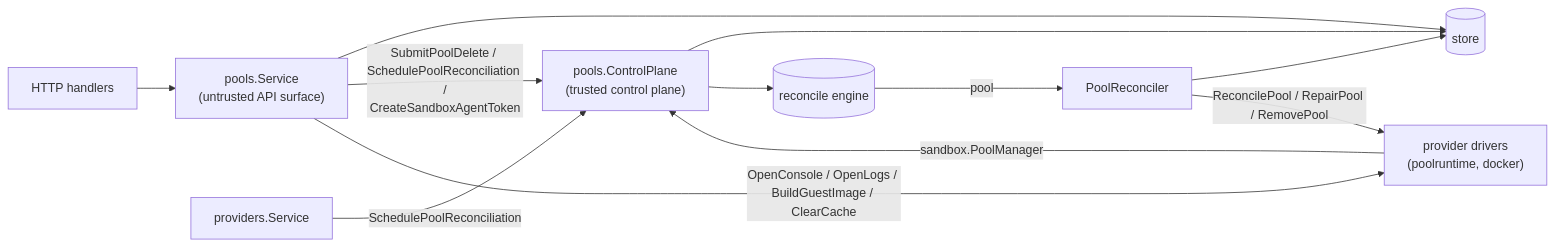
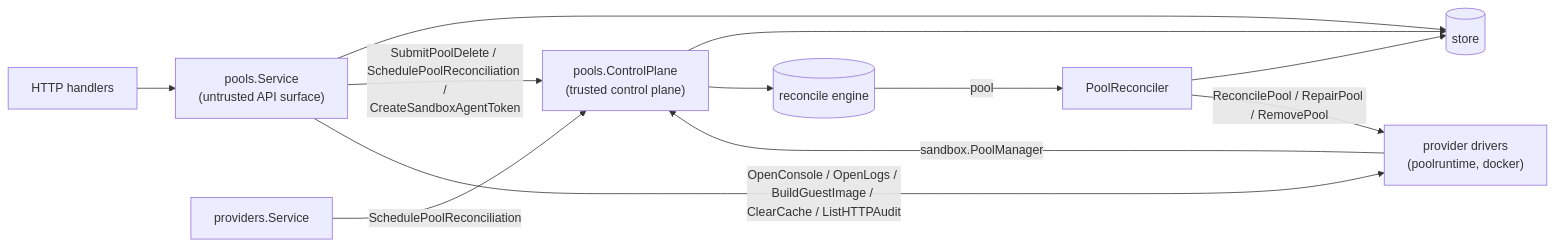
One commit to discobox-ai/discobox changed the diagram in server/internal/resources/pools/DESIGN.md. Above: the diagram before and after it, drawn with Mermaid. The commit also changed other lines of this file and 28 other files, not shown here.

````diff
--- a/server/internal/resources/pools/DESIGN.md
+++ b/server/internal/resources/pools/DESIGN.md
@@ -12,14 +12,14 @@
 ```mermaid
 flowchart LR
     handlers[HTTP handlers] --> svc["pools.Service<br/>(untrusted API surface)"]
     drivers["provider drivers<br/>(poolruntime, docker)"] -- sandbox.PoolManager --> cp["pools.ControlPlane<br/>(trusted control plane)"]
     provsvc[providers.Service] -- SchedulePoolReconciliation --> cp
     svc --> store[(store)]
     svc -- "SubmitPoolDelete / SchedulePoolReconciliation /<br/>CreateSandboxAgentToken" --> cp
-    svc -- "OpenConsole / OpenLogs / BuildGuestImage / ClearCache" --> drivers
+    svc -- "OpenConsole / OpenLogs / BuildGuestImage / ClearCache / ListHTTPAudit" --> drivers
     cp --> store
     cp --> engine[(reconcile engine)]
     engine -- pool --> rec[PoolReconciler]
     rec --> store
     rec -- "ReconcilePool / RepairPool / RemovePool" --> drivers
 ```
````
